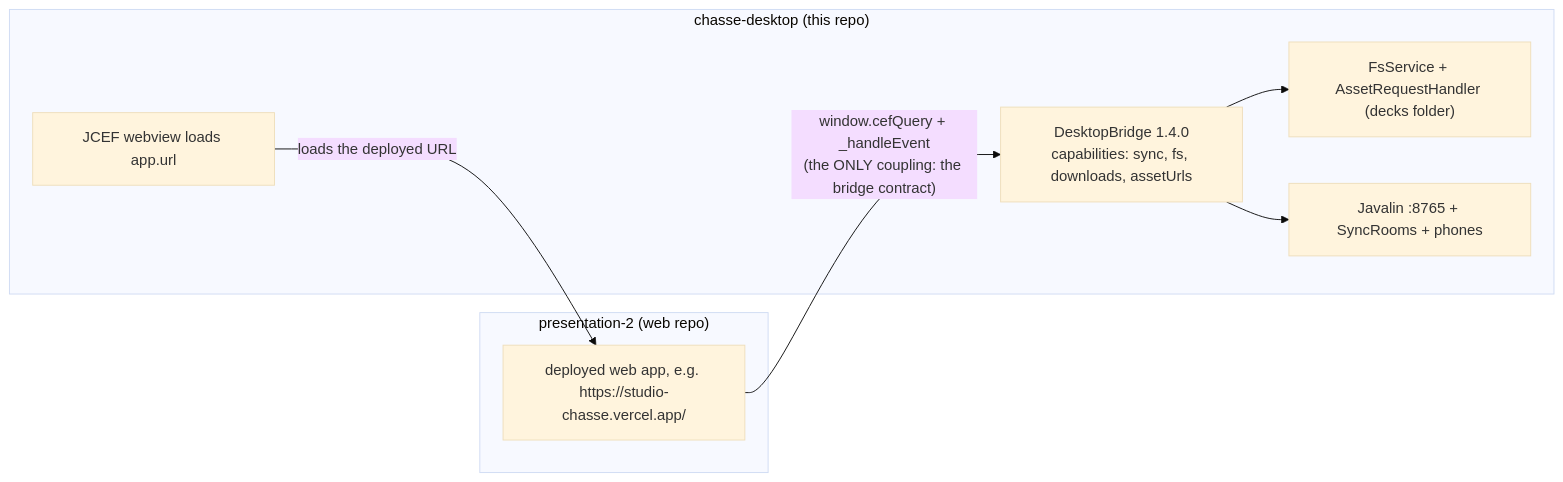
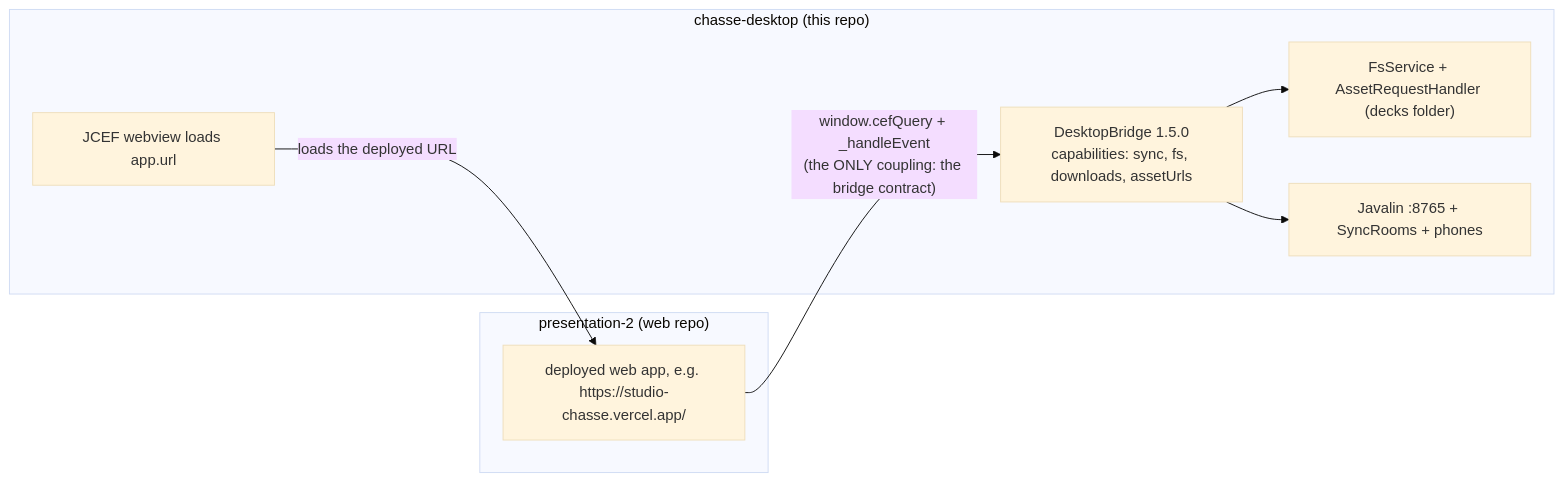
One commit to dev-sandakelum/chasse-desktop changed the third of 3 diagrams in about/architecture.md. Above: the diagram before and after it, drawn with Mermaid (base theme). The commit also changed 9 other files, not shown here.

````diff
--- a/about/architecture.md
+++ b/about/architecture.md
@@ -270,16 +270,16 @@
 ```mermaid
 flowchart LR
     subgraph WEB["presentation-2 (web repo)"]
         WA["deployed web app, e.g. https://studio-chasse.vercel.app/"]
     end
     subgraph DESKTOP["chasse-desktop (this repo)"]
         JCEF["JCEF webview loads app.url"]
-        BR["DesktopBridge 1.4.0<br/>capabilities: sync, fs, downloads, assetUrls"]
+        BR["DesktopBridge 1.5.0<br/>capabilities: sync, fs, downloads, assetUrls"]
         FS["FsService + AssetRequestHandler (decks folder)"]
         SYNC["Javalin :8765 + SyncRooms + phones"]
     end
     JCEF -- "loads the deployed URL" --> WA
     WA -- "window.cefQuery + _handleEvent<br/>(the ONLY coupling: the bridge contract)" --> BR
     BR --> FS
     BR --> SYNC
 ```
````
